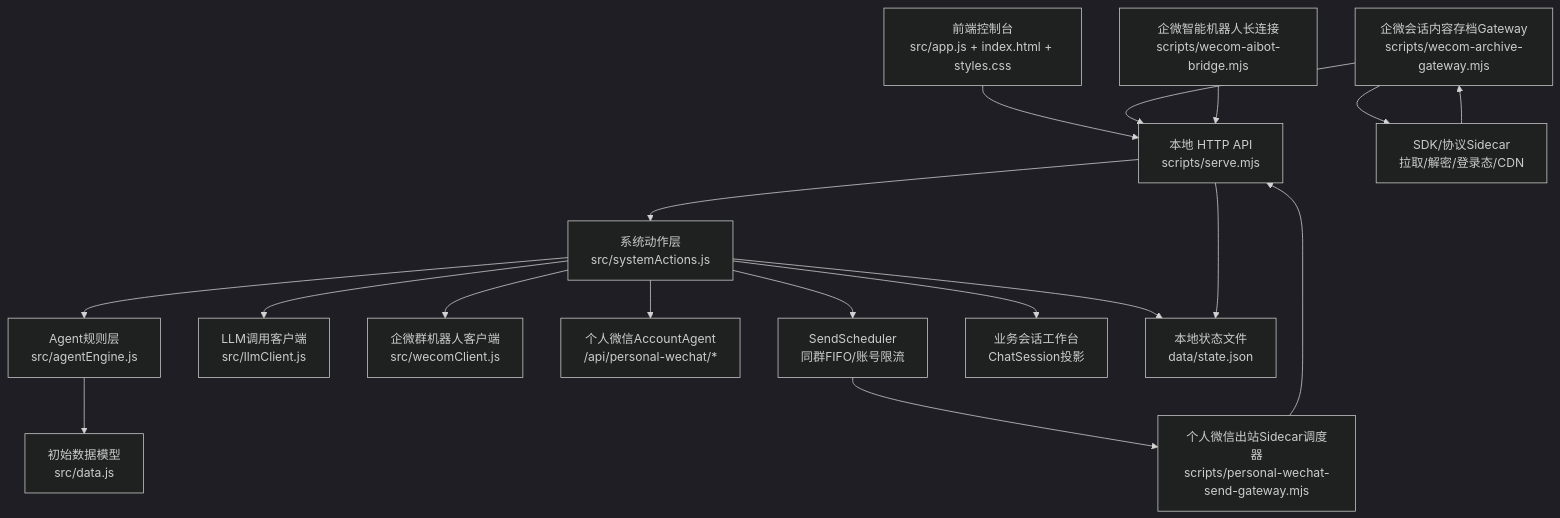
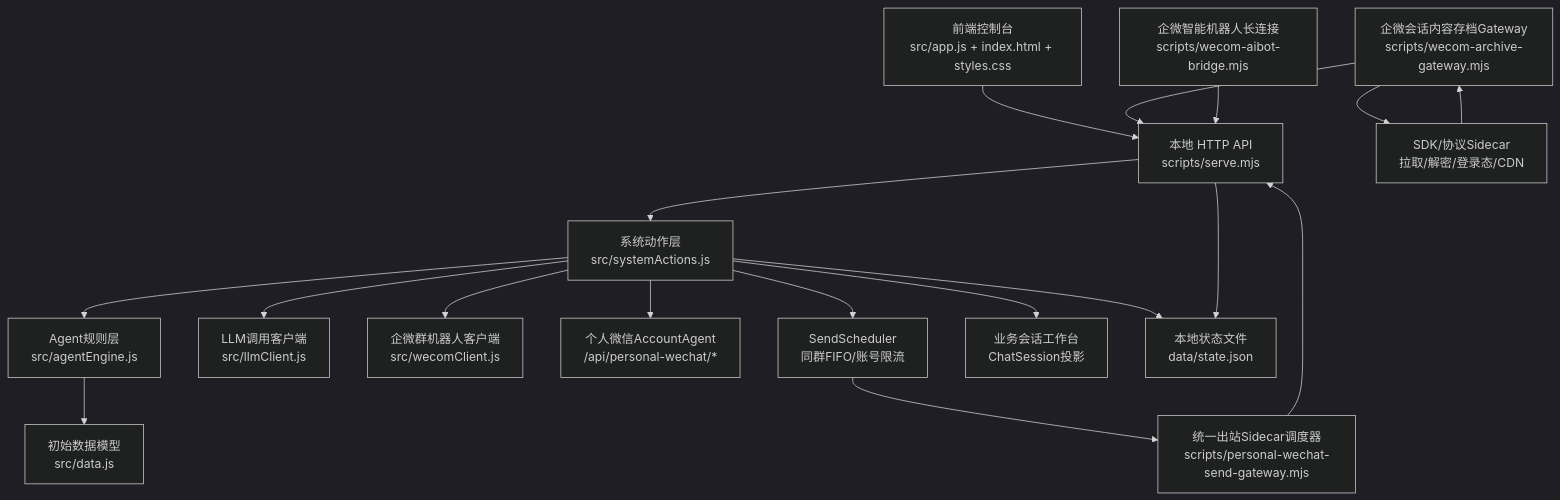
Before and after one commit to JUJUJUN313/customer-ops-agent-console: the first of 3 diagrams in docs/ARCHITECTURE.md, drawn with Mermaid (dark theme). The commit also changed other lines of this file and 17 other files, not shown here.

````diff
--- a/docs/ARCHITECTURE.md
+++ b/docs/ARCHITECTURE.md
@@ -5,36 +5,36 @@
 ```mermaid
 flowchart TB
   UI["前端控制台<br/>src/app.js + index.html + styles.css"]
   API["本地 HTTP API<br/>scripts/serve.mjs"]
   Actions["系统动作层<br/>src/systemActions.js"]
   Agents["Agent规则层<br/>src/agentEngine.js"]
   LLM["LLM调用客户端<br/>src/llmClient.js"]
   WeComClient["企微群机器人客户端<br/>src/wecomClient.js"]
   WeComArchive["企微会话内容存档Gateway<br/>scripts/wecom-archive-gateway.mjs"]
   Sidecar["SDK/协议Sidecar<br/>拉取/解密/登录态/CDN"]
   WeComBridge["企微智能机器人长连接<br/>scripts/wecom-aibot-bridge.mjs"]
   PersonalWechat["个人微信AccountAgent<br/>/api/personal-wechat/*"]
-  PersonalGateway["个人微信出站Sidecar调度器<br/>scripts/personal-wechat-send-gateway.mjs"]
+  PersonalGateway["统一出站Sidecar调度器<br/>scripts/personal-wechat-send-gateway.mjs"]
   Scheduler["SendScheduler<br/>同群FIFO/账号限流"]
   Chat["业务会话工作台<br/>ChatSession投影"]
   Data["初始数据模型<br/>src/data.js"]
   Store["本地状态文件<br/>data/state.json"]
 
   UI --> API
   API --> Actions
   Actions --> Agents
   Actions --> LLM
   Actions --> WeComClient
   WeComArchive --> Sidecar
   Sidecar --> WeComArchive
   WeComArchive --> API
   Actions --> Chat
   Actions --> PersonalWechat
   Actions --> Scheduler
   Scheduler --> PersonalGateway
   PersonalGateway --> API
   Actions --> Store
   WeComBridge --> API
   Agents --> Data
   API --> Store
 ```
````
